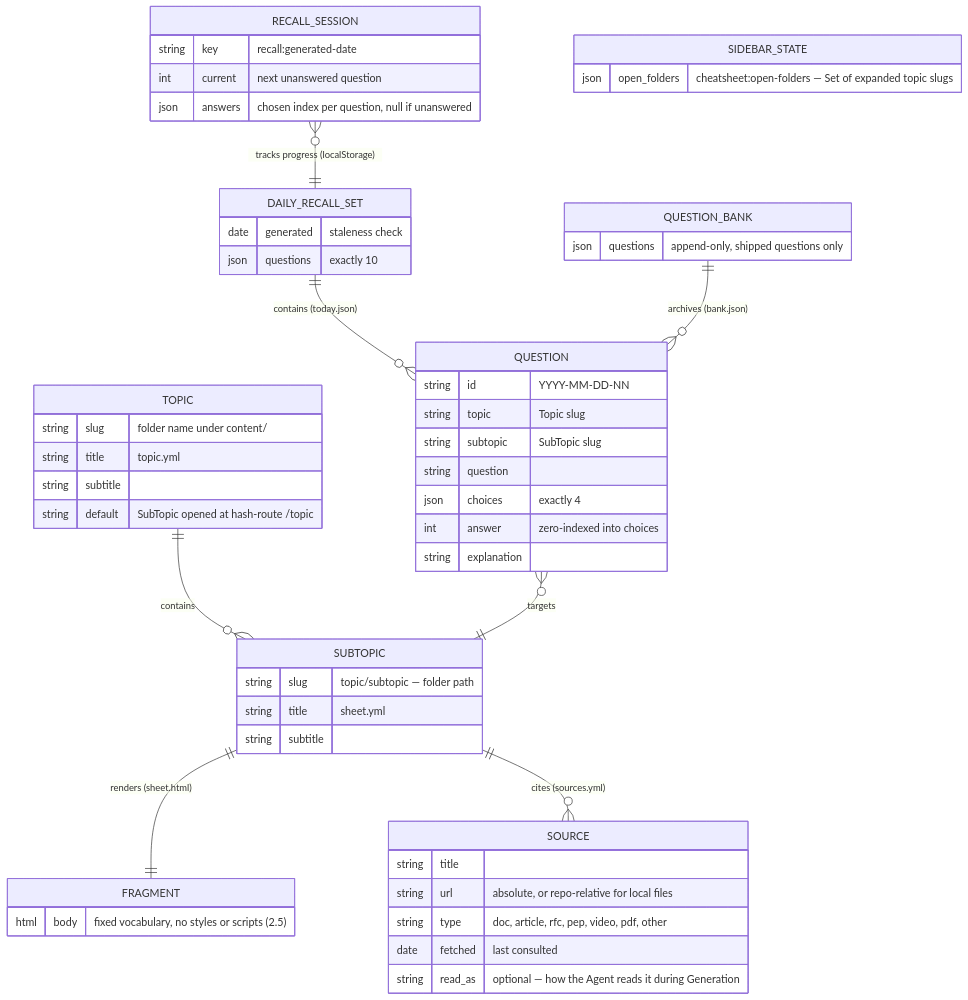
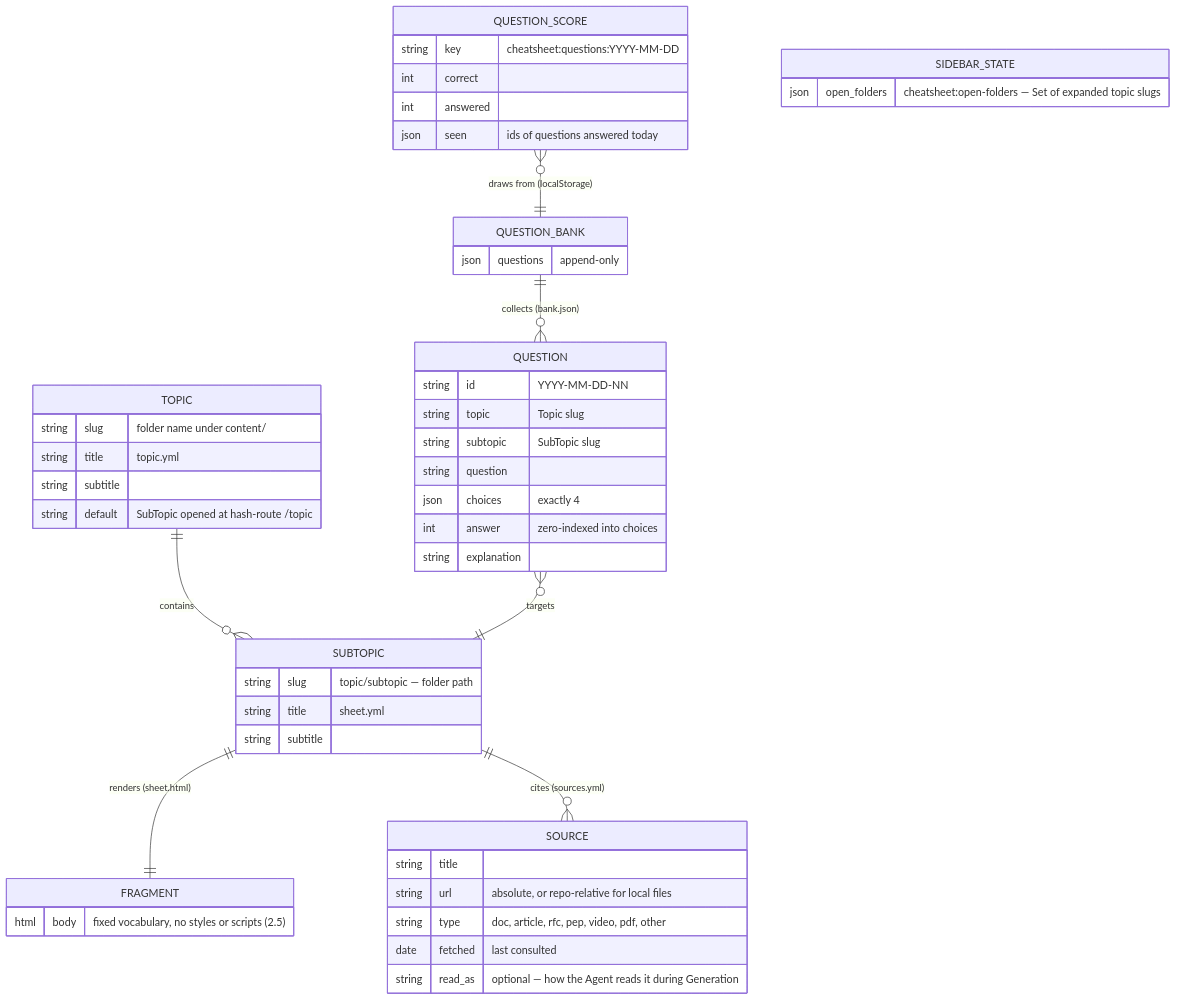
Before and after one commit to Povaz/cheatsheets: the second of 6 diagrams in docs/hldd/hldd.md, drawn with Mermaid. The commit also changed other lines of this file and 4 other files, not shown here.

Commit message:
docs(hldd): v6.0 — practice questions on Home, Daily Recall retired

````diff
--- a/docs/hldd/hldd.md
+++ b/docs/hldd/hldd.md
@@ -98,56 +98,52 @@
 ```mermaid
 erDiagram
     TOPIC ||--o{ SUBTOPIC : contains
     SUBTOPIC ||--|| FRAGMENT : "renders (sheet.html)"
     SUBTOPIC ||--o{ SOURCE : "cites (sources.yml)"
-    DAILY_RECALL_SET ||--o{ QUESTION : "contains (today.json)"
-    QUESTION_BANK ||--o{ QUESTION : "archives (bank.json)"
+    QUESTION_BANK ||--o{ QUESTION : "collects (bank.json)"
     QUESTION }o--|| SUBTOPIC : targets
-    RECALL_SESSION }o--|| DAILY_RECALL_SET : "tracks progress (localStorage)"
+    QUESTION_SCORE }o--|| QUESTION_BANK : "draws from (localStorage)"
 
     TOPIC {
         string slug "folder name under content/"
         string title "topic.yml"
         string subtitle
         string default "SubTopic opened at hash-route /topic"
     }
     SUBTOPIC {
         string slug "topic/subtopic — folder path"
         string title "sheet.yml"
         string subtitle
     }
     FRAGMENT {
         html body "fixed vocabulary, no styles or scripts (2.5)"
     }
     SOURCE {
         string title
         string url "absolute, or repo-relative for local files"
         string type "doc, article, rfc, pep, video, pdf, other"
         date fetched "last consulted"
         string read_as "optional — how the Agent reads it during Generation"
     }
-    DAILY_RECALL_SET {
-        date generated "staleness check"
-        json questions "exactly 10"
-    }
     QUESTION {
         string id "YYYY-MM-DD-NN"
         string topic "Topic slug"
         string subtopic "SubTopic slug"
         string question
         json choices "exactly 4"
         int answer "zero-indexed into choices"
         string explanation
     }
     QUESTION_BANK {
-        json questions "append-only, shipped questions only"
+        json questions "append-only"
     }
-    RECALL_SESSION {
-        string key "recall:generated-date"
-        int current "next unanswered question"
-        json answers "chosen index per question, null if unanswered"
+    QUESTION_SCORE {
+        string key "cheatsheet:questions:YYYY-MM-DD"
+        int correct
+        int answered
+        json seen "ids of questions answered today"
     }
     SIDEBAR_STATE {
         json open_folders "cheatsheet:open-folders — Set of expanded topic slugs"
     }
 ```
````
